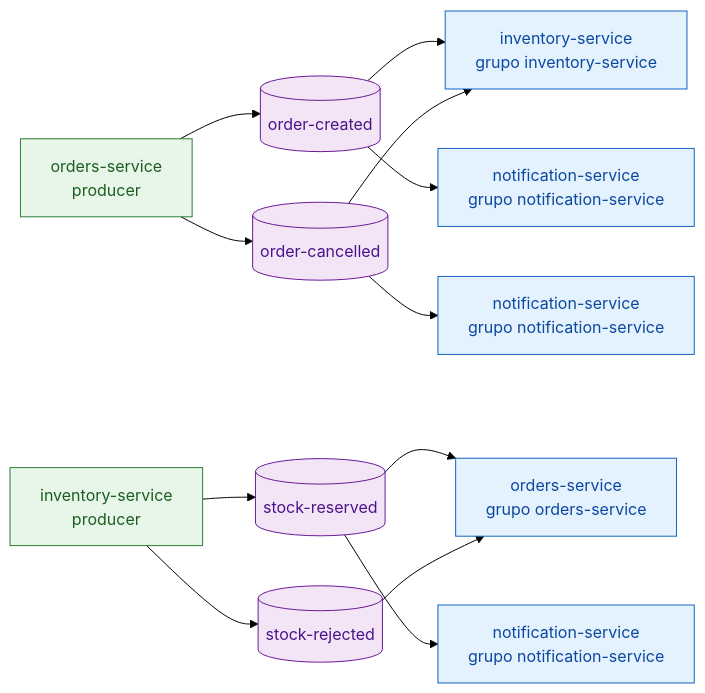
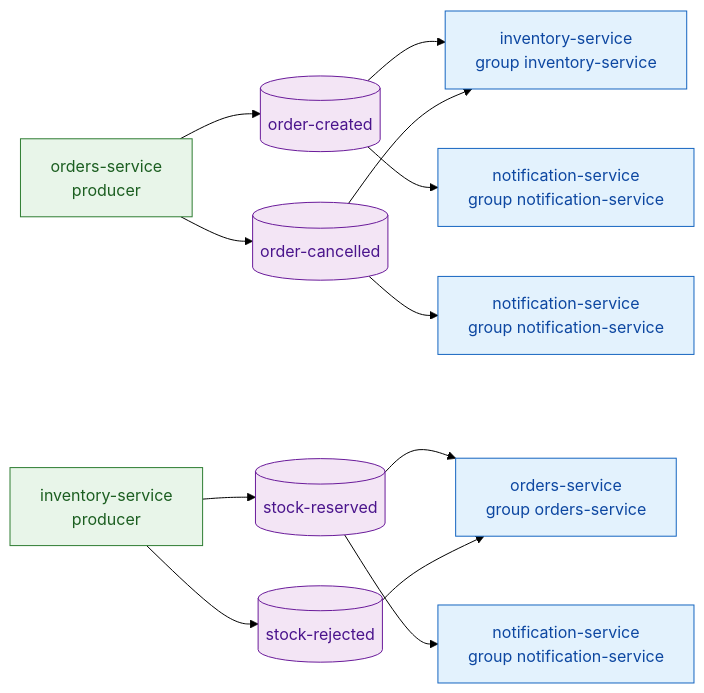
One commit to carlosgarcia-tech/order-flow changed diagram 16 of 31 in README.md. Above: the diagram before and after it, drawn with Mermaid (forest theme). The commit also changed other lines of this file, not shown here.

````diff
--- a/README.md
+++ b/README.md
@@ -774,33 +774,33 @@
 ```mermaid
 flowchart LR
     classDef prod fill:#e8f5e9,stroke:#2e7d32,color:#1b5e20
     classDef cons fill:#e3f2fd,stroke:#1565c0,color:#0d47a1
     classDef topic fill:#f3e5f5,stroke:#6a1b9a,color:#4a148c
 
     OS["orders-service<br/>producer"]:::prod
     IS["inventory-service<br/>producer"]:::prod
 
     T1[("order-created")]:::topic
     T2[("order-cancelled")]:::topic
     T3[("stock-reserved")]:::topic
     T4[("stock-rejected")]:::topic
 
-    IS2["inventory-service<br/>grupo inventory-service"]:::cons
-    NS1["notification-service<br/>grupo notification-service"]:::cons
-    NS2["notification-service<br/>grupo notification-service"]:::cons
-    NS3["notification-service<br/>grupo notification-service"]:::cons
-    OS2["orders-service<br/>grupo orders-service"]:::cons
+    IS2["inventory-service<br/>group inventory-service"]:::cons
+    NS1["notification-service<br/>group notification-service"]:::cons
+    NS2["notification-service<br/>group notification-service"]:::cons
+    NS3["notification-service<br/>group notification-service"]:::cons
+    OS2["orders-service<br/>group orders-service"]:::cons
 
     OS --> T1
     OS --> T2
     IS --> T3
     IS --> T4
 
     T1 --> IS2
     T1 --> NS1
     T2 --> IS2
     T2 --> NS2
     T3 --> OS2
     T3 --> NS3
     T4 --> OS2
 ```
````
